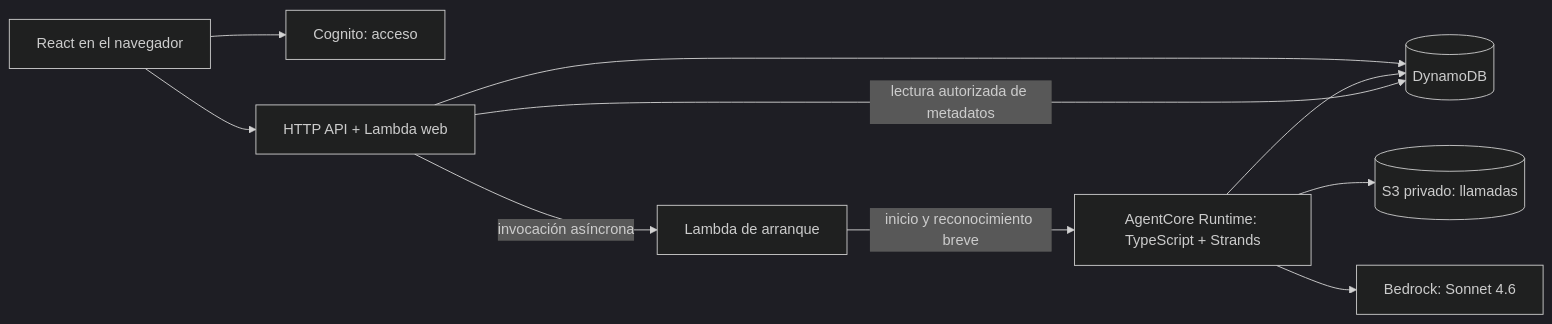
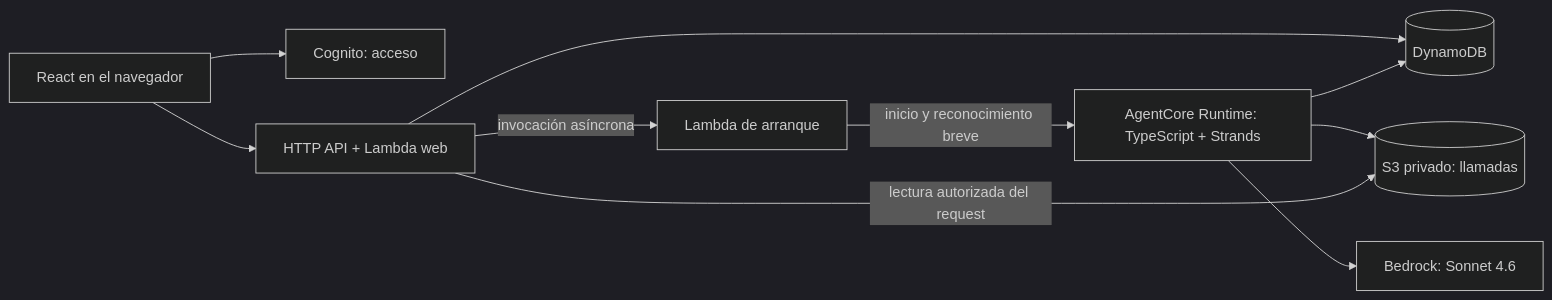
Before and after one commit to guilleojeda/prompt-runner-game: the diagram in docs/architecture/ejecucion.md, drawn with Mermaid (dark theme). The commit also changed other lines of this file and 25 other files, not shown here.

````diff
--- a/docs/architecture/ejecucion.md
+++ b/docs/architecture/ejecucion.md
@@ -7,12 +7,12 @@
 ```mermaid
 flowchart LR
   U[React en el navegador] --> C[Cognito: acceso]
   U --> W[HTTP API + Lambda web]
   W --> D[(DynamoDB)]
   W -->|invocación asíncrona| L[Lambda de arranque]
   L -->|inicio y reconocimiento breve| R[AgentCore Runtime: TypeScript + Strands]
   R --> D
   R --> S[(S3 privado: llamadas)]
   R --> B[Bedrock: Sonnet 4.6]
-  W -->|lectura autorizada de metadatos| D
+  W -->|lectura autorizada del request| S
 ```
````
